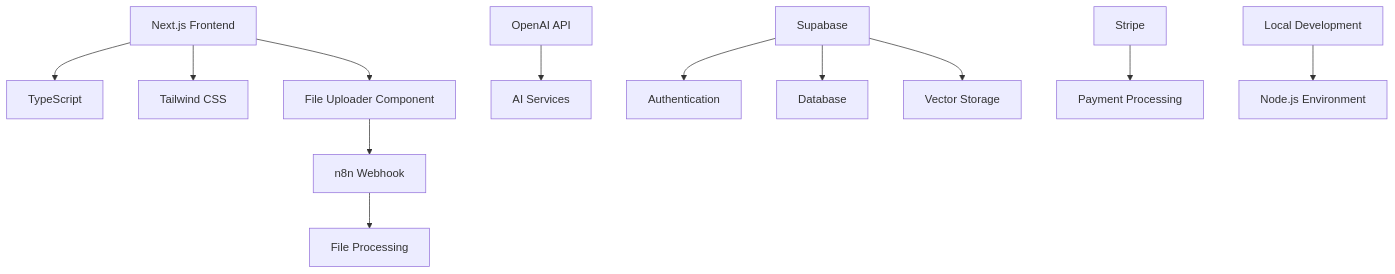
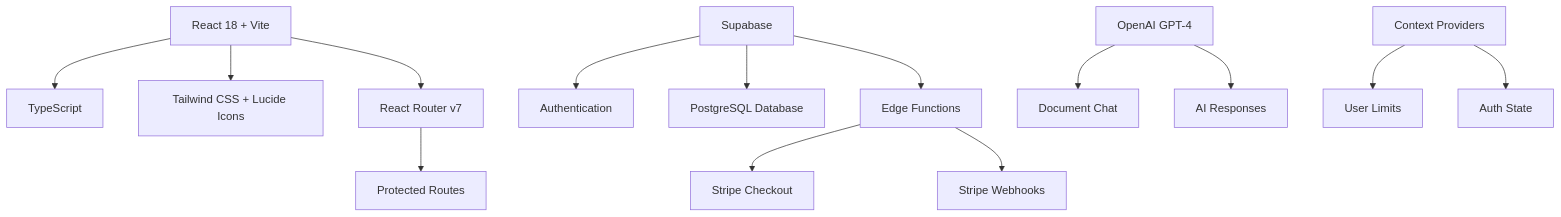
Before and after one commit to DanielGeek/python_projects: the diagram in 47-OpenAI-Supabase-Integration/README.md, drawn with Mermaid. The commit also changed other lines of this file and 8 other files, not shown here.

````diff
--- a/47-OpenAI-Supabase-Integration/README.md
+++ b/47-OpenAI-Supabase-Integration/README.md
@@ -27,14 +30,16 @@
 ```mermaid
 graph TB
-    A[Next.js Frontend] --> B[TypeScript]
-    A --> C[Tailwind CSS]
-    A --> D[File Uploader Component]
-    D --> E[n8n Webhook]
-    E --> F[File Processing]
-    G[OpenAI API] --> H[AI Services]
-    I[Supabase] --> J[Authentication]
-    I --> K[Database]
-    I --> L[Vector Storage]
-    M[Stripe] --> N[Payment Processing]
-    O[Local Development] --> P[Node.js Environment]
+    A[React 18 + Vite] --> B[TypeScript]
+    A --> C[Tailwind CSS + Lucide Icons]
+    A --> D[React Router v7]
+    D --> E[Protected Routes]
+    F[Supabase] --> G[Authentication]
+    F --> H[PostgreSQL Database]
+    F --> I[Edge Functions]
+    I --> J[Stripe Checkout]
+    I --> K[Stripe Webhooks]
+    L[OpenAI GPT-4] --> M[Document Chat]
+    L --> N[AI Responses]
+    O[Context Providers] --> P[User Limits]
+    O --> Q[Auth State]
 ```
````
